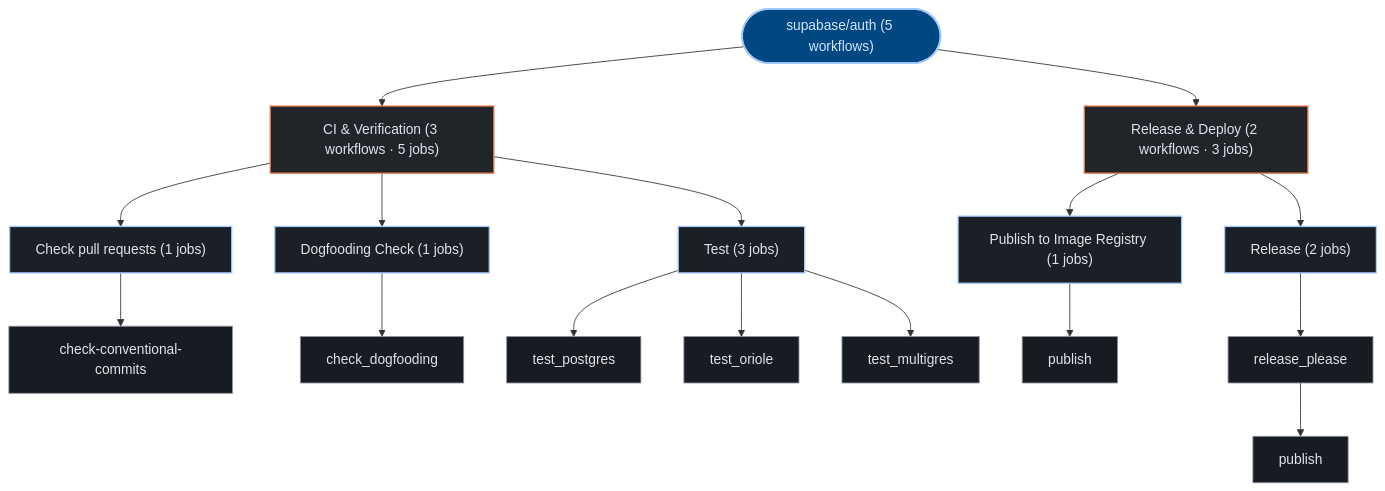
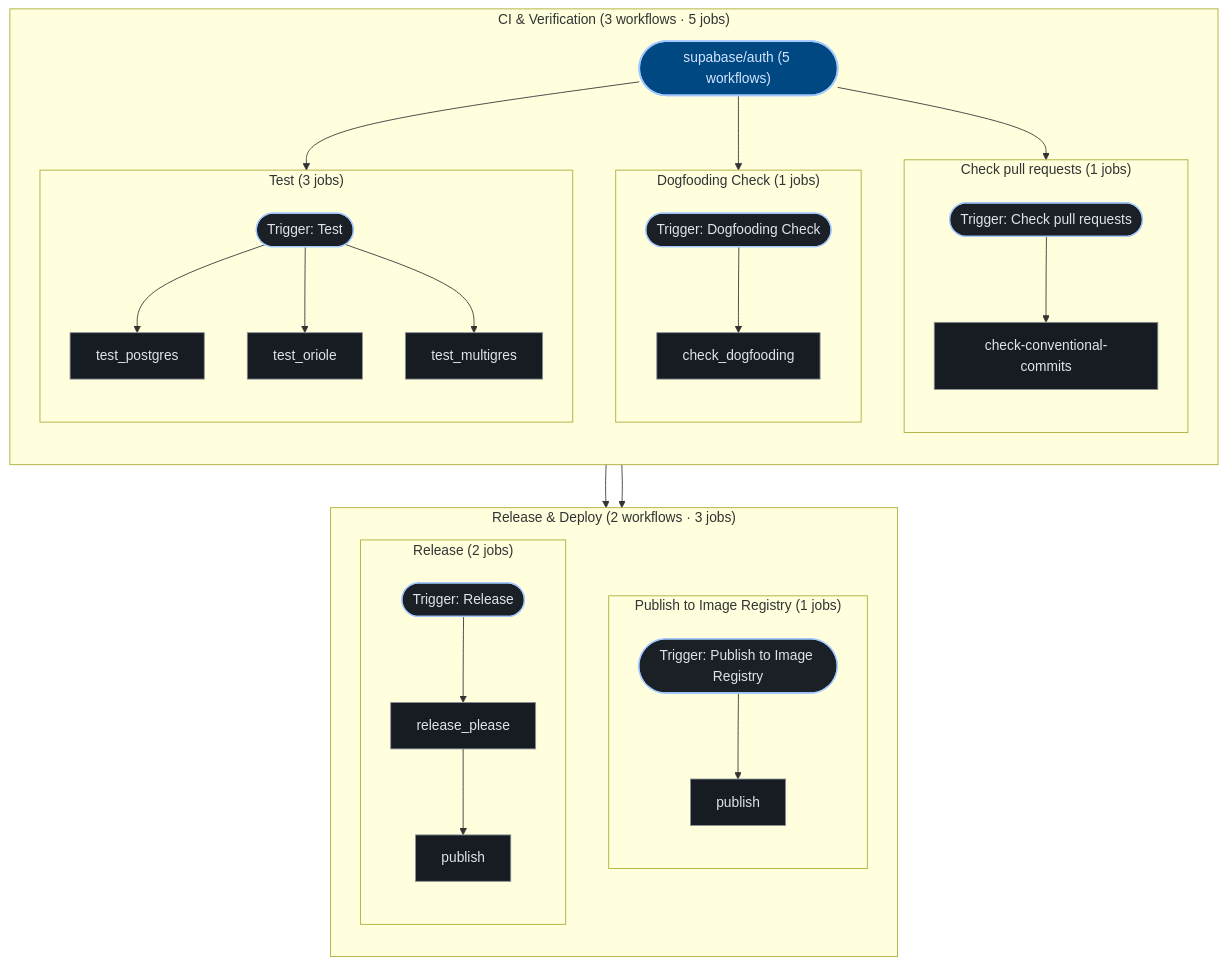
One commit to kumarshaz/atruss-code-atlas changed the third of 3 diagrams in exports/latest/reports/supabase-auth-report.md. Above: the diagram before and after it, drawn with Mermaid. The commit also changed 181 other files, not shown here.

````diff
--- a/exports/latest/reports/supabase-auth-report.md
+++ b/exports/latest/reports/supabase-auth-report.md
@@ -276,41 +276,58 @@
 ```mermaid
 graph TD;
   classDef atlasRoot fill:#004882,stroke:#a3c9ff,stroke-width:2px,color:#d3e4ff
   classDef atlasCategory fill:#212428,stroke:#E87A48,stroke-width:1.5px,color:#dfe3eb
   classDef atlasWorkflow fill:#1b2026,stroke:#a3c9ff,stroke-width:1.5px,color:#dfe3eb
   classDef atlasJob fill:#171c22,stroke:#8d9199,stroke-width:1px,color:#dfe3eb
   classDef atlasTarget fill:#005227,stroke:#8bd99b,stroke-width:1.5px,color:#a7f6b6
   classDef atlasAlert fill:#93000a,stroke:#ffb4ab,stroke-width:1.5px,color:#ffdad6
   classDef atlasMore fill:#252a31,stroke:#8d9199,stroke-dasharray:4 4,color:#c3c6cf
   pipeline_root(["supabase/auth (5 workflows)"]):::atlasRoot
-  grp_0_CI___Verification["CI & Verification (3 workflows · 5 jobs)"]:::atlasCategory
-  pipeline_root --> grp_0_CI___Verification
-  wf_0_Check_pull_requests["Check pull requests (1 jobs)"]:::atlasWorkflow
-  grp_0_CI___Verification --> wf_0_Check_pull_requests
-  job_0_check_conventional_commits["check-conventional-commits"]:::atlasJob
-  wf_0_Check_pull_requests --> job_0_check_conventional_commits
-  wf_1_Dogfooding_Check["Dogfooding Check (1 jobs)"]:::atlasWorkflow
-  grp_0_CI___Verification --> wf_1_Dogfooding_Check
-  job_1_check_dogfooding["check_dogfooding"]:::atlasJob
-  wf_1_Dogfooding_Check --> job_1_check_dogfooding
-  wf_4_Test["Test (3 jobs)"]:::atlasWorkflow
-  grp_0_CI___Verification --> wf_4_Test
-  job_4_test_postgres["test_postgres"]:::atlasJob
-  job_4_test_oriole["test_oriole"]:::atlasJob
-  job_4_test_multigres["test_multigres"]:::atlasJob
-  wf_4_Test --> job_4_test_postgres
-  wf_4_Test --> job_4_test_oriole
-  wf_4_Test --> job_4_test_multigres
-  grp_1_Release___Deploy["Release & Deploy (2 workflows · 3 jobs)"]:::atlasCategory
-  pipeline_root --> grp_1_Release___Deploy
-  wf_2_Publish_to_Image_Registry["Publish to Image Registry (1 jobs)"]:::atlasWorkflow
-  grp_1_Release___Deploy --> wf_2_Publish_to_Image_Registry
-  job_2_publish["publish"]:::atlasJob
-  wf_2_Publish_to_Image_Registry --> job_2_publish
-  wf_3_Release["Release (2 jobs)"]:::atlasWorkflow
-  grp_1_Release___Deploy --> wf_3_Release
-  job_3_release_please["release_please"]:::atlasJob
-  job_3_publish["publish"]:::atlasJob
-  wf_3_Release --> job_3_release_please
-  job_3_release_please --> job_3_publish
+  subgraph sg_grp_0_CI___Verification["CI & Verification (3 workflows · 5 jobs)"]
+    direction TB
+    subgraph sg_wf_0_Check_pull_requests["Check pull requests (1 jobs)"]
+      direction TB
+      wf_0_Check_pull_requests(["Trigger: Check pull requests"]):::atlasWorkflow
+      job_0_check_conventional_commits["check-conventional-commits"]:::atlasJob
+      wf_0_Check_pull_requests --> job_0_check_conventional_commits
+    end
+    pipeline_root --> wf_0_Check_pull_requests
+    subgraph sg_wf_1_Dogfooding_Check["Dogfooding Check (1 jobs)"]
+      direction TB
+      wf_1_Dogfooding_Check(["Trigger: Dogfooding Check"]):::atlasWorkflow
+      job_1_check_dogfooding["check_dogfooding"]:::atlasJob
+      wf_1_Dogfooding_Check --> job_1_check_dogfooding
+    end
+    pipeline_root --> wf_1_Dogfooding_Check
+    subgraph sg_wf_4_Test["Test (3 jobs)"]
+      direction TB
+      wf_4_Test(["Trigger: Test"]):::atlasWorkflow
+      job_4_test_postgres["test_postgres"]:::atlasJob
+      job_4_test_oriole["test_oriole"]:::atlasJob
+      job_4_test_multigres["test_multigres"]:::atlasJob
+      wf_4_Test --> job_4_test_postgres
+      wf_4_Test --> job_4_test_oriole
+      wf_4_Test --> job_4_test_multigres
+    end
+    pipeline_root --> wf_4_Test
+  end
+  subgraph sg_grp_1_Release___Deploy["Release & Deploy (2 workflows · 3 jobs)"]
+    direction TB
+    subgraph sg_wf_2_Publish_to_Image_Registry["Publish to Image Registry (1 jobs)"]
+      direction TB
+      wf_2_Publish_to_Image_Registry(["Trigger: Publish to Image Registry"]):::atlasWorkflow
+      job_2_publish["publish"]:::atlasJob
+      wf_2_Publish_to_Image_Registry --> job_2_publish
+    end
+    pipeline_root --> wf_2_Publish_to_Image_Registry
+    subgraph sg_wf_3_Release["Release (2 jobs)"]
+      direction TB
+      wf_3_Release(["Trigger: Release"]):::atlasWorkflow
+      job_3_release_please["release_please"]:::atlasJob
+      job_3_publish["publish"]:::atlasJob
+      wf_3_Release --> job_3_release_please
+      job_3_release_please --> job_3_publish
+    end
+    pipeline_root --> wf_3_Release
+  end
 ```
````
